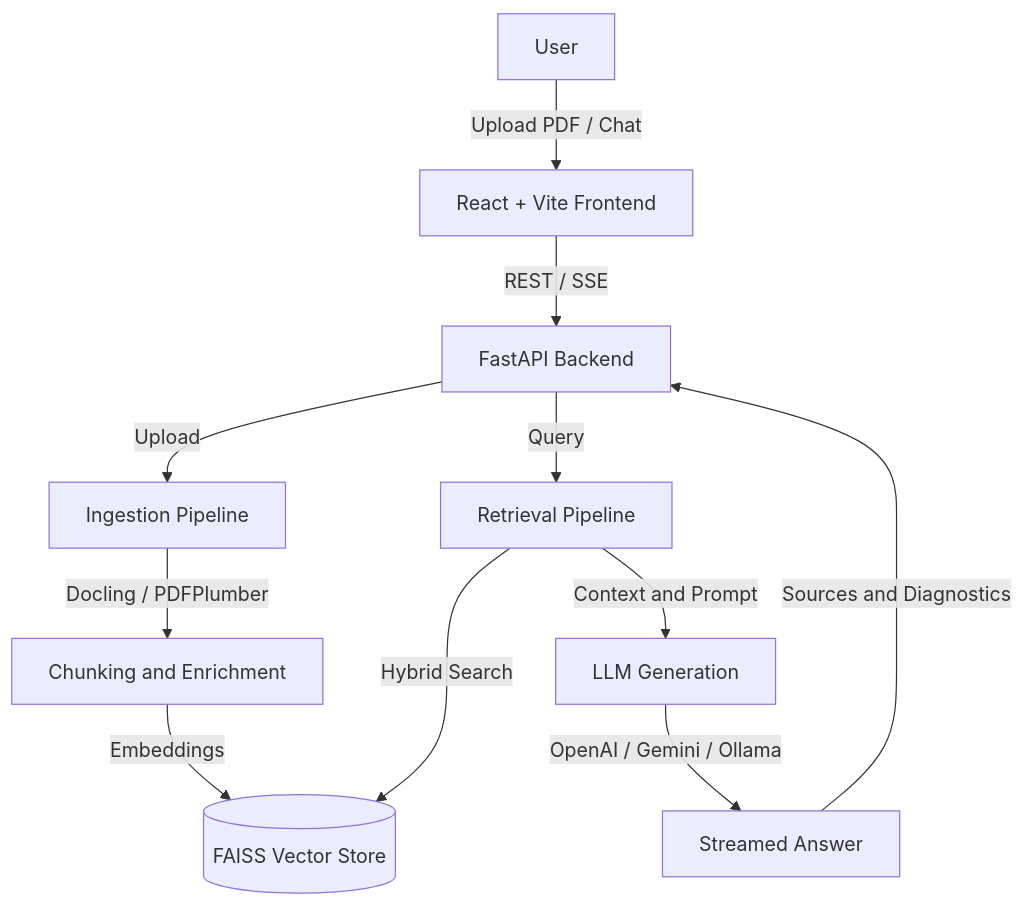
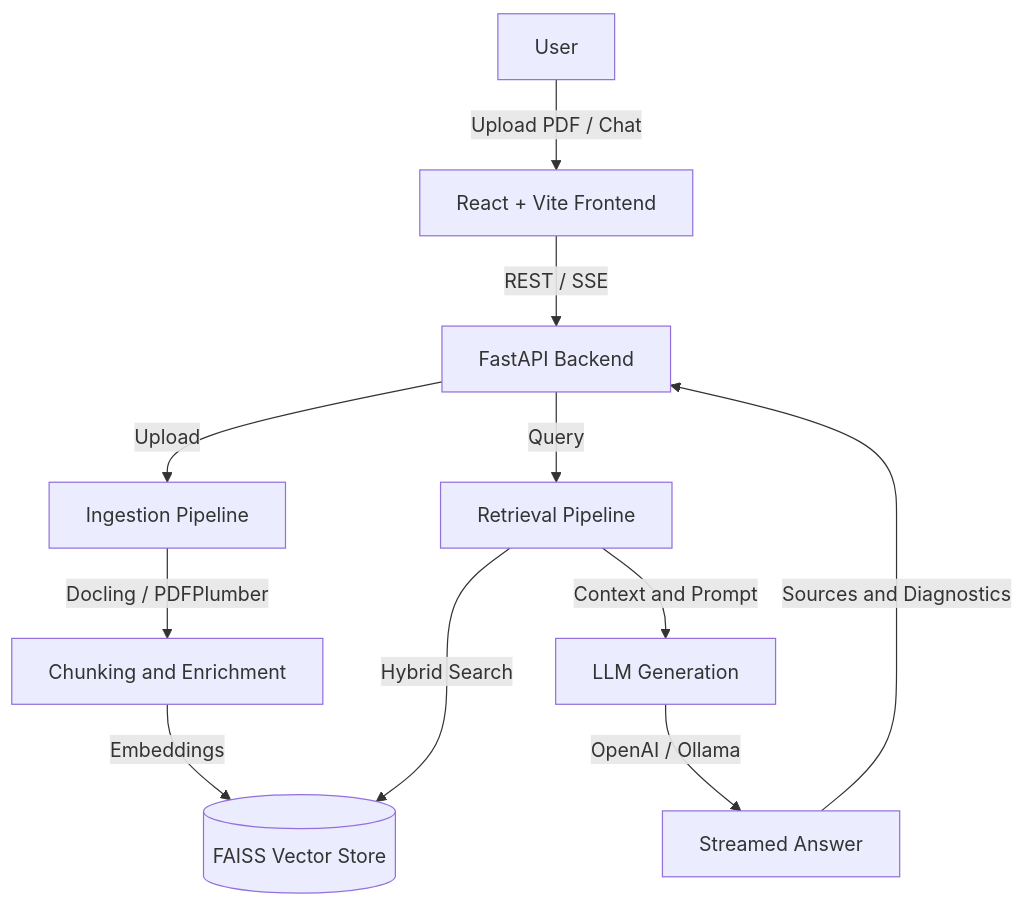
One commit to Somendran/enterprise-rag-assistant changed the diagram in README.md. Above: the diagram before and after it, drawn with Mermaid. The commit also changed other lines of this file and 10 other files, not shown here.

````diff
--- a/README.md
+++ b/README.md
@@ -19,13 +19,13 @@
 ```mermaid
 graph TD
     A[User] -->|Upload PDF / Chat| B[React + Vite Frontend]
     B -->|REST / SSE| C[FastAPI Backend]
     C -->|Upload| D[Ingestion Pipeline]
     C -->|Query| E[Retrieval Pipeline]
     D -->|Docling / PDFPlumber| F[Chunking and Enrichment]
     F -->|Embeddings| G[(FAISS Vector Store)]
     E -->|Hybrid Search| G
     E -->|Context and Prompt| H[LLM Generation]
-    H -->|OpenAI / Gemini / Ollama| I[Streamed Answer]
+    H -->|OpenAI / Ollama| I[Streamed Answer]
     I -->|Sources and Diagnostics| C
 ```
````
